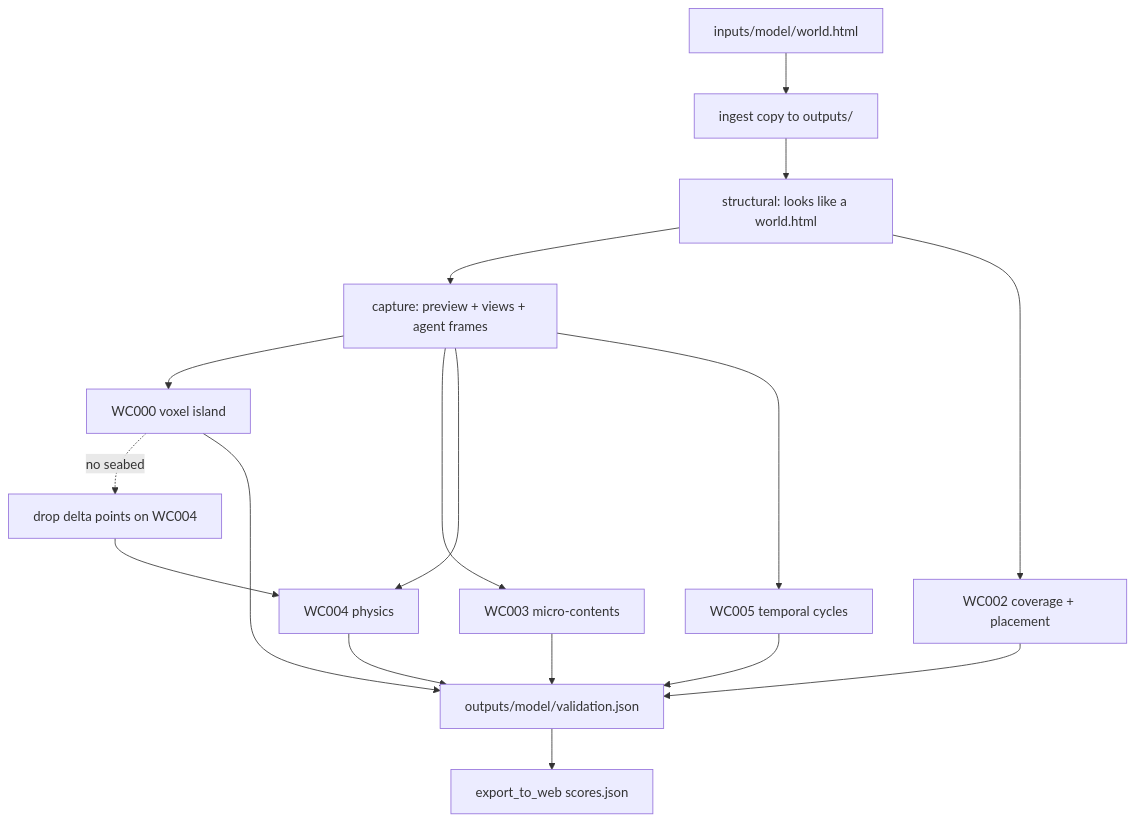
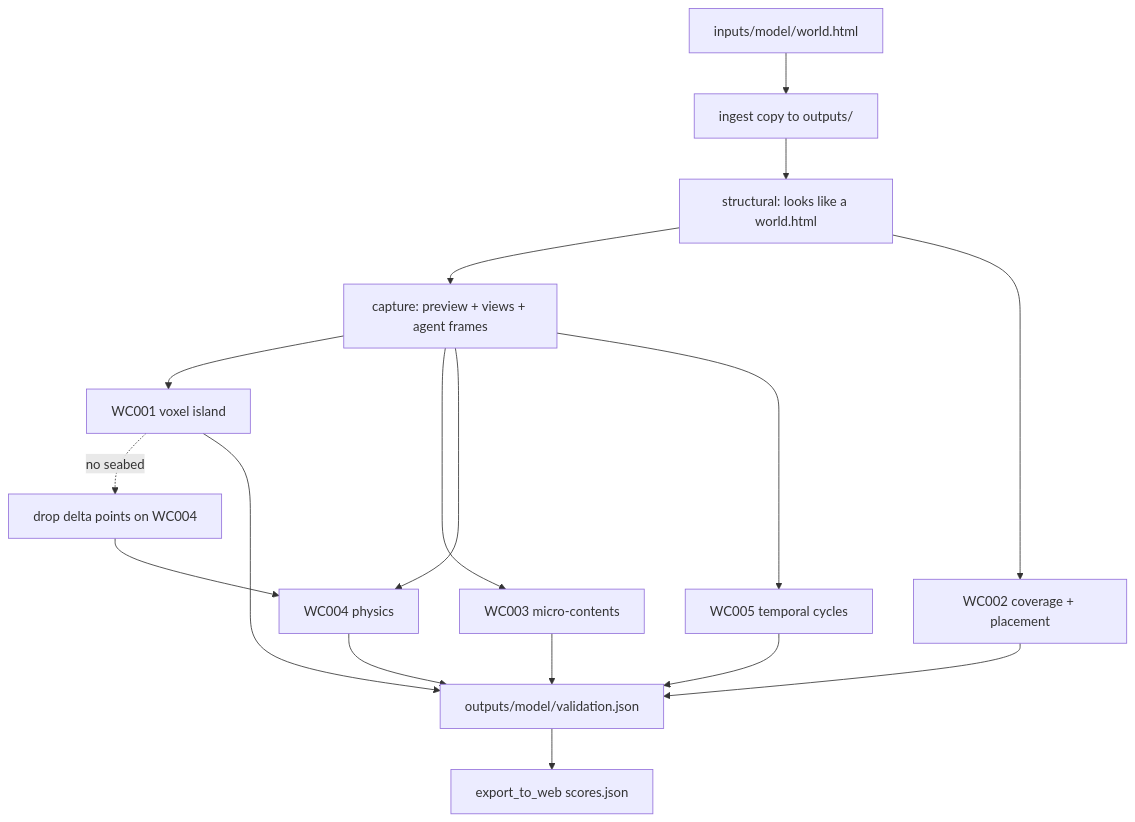
Before and after one commit to KrishBakshi/worldbench: the diagram in README.md, drawn with Mermaid. The commit also changed other lines of this file and 17 other files, not shown here.

````diff
--- a/README.md
+++ b/README.md
@@ -38,20 +38,20 @@
 ```mermaid
 flowchart TD
     src["inputs/model/world.html"]
     src --> ingest["ingest copy to outputs/"]
     ingest --> s["structural: looks like a world.html"]
     s --> cap["capture: preview + views + agent frames"]
-    cap --> w0["WC000 voxel island"]
+    cap --> w0["WC001 voxel island"]
     s --> w2["WC002 coverage + placement"]
     cap --> w3["WC003 micro-contents"]
     cap --> w4["WC004 physics"]
     cap --> w5["WC005 temporal cycles"]
     w0 -.->|no seabed| gate["drop delta points on WC004"]
     gate --> w4
     w0 --> val["outputs/model/validation.json"]
     w2 --> val
     w3 --> val
     w4 --> val
     w5 --> val
     val --> web["export_to_web scores.json"]
 ```
````
